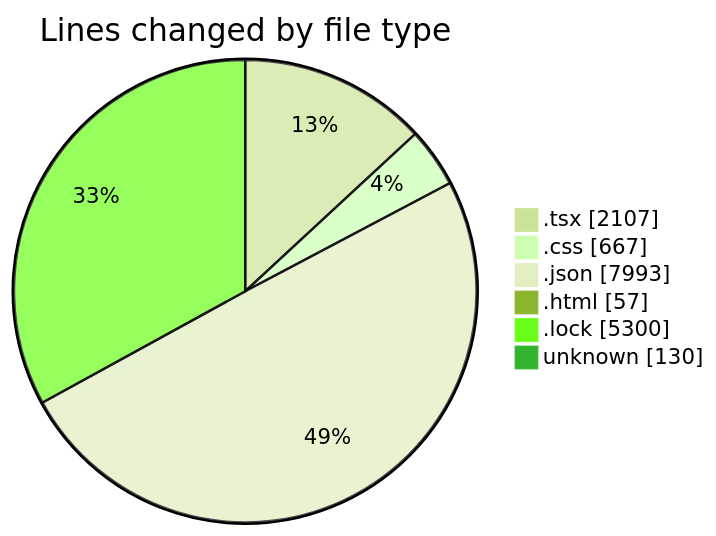
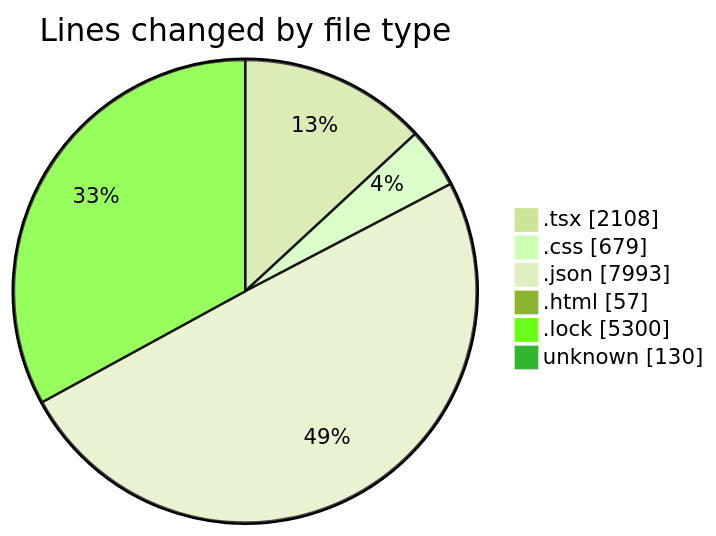
The first of 2 diagrams in 2025-08-12/ribbon/README.md (EIIisD/code-tracking), drawn with Mermaid (forest theme) before and after one commit. The commit also changed other lines of this file and 1 other file, not shown here.

````diff
--- a/2025-08-12/ribbon/README.md
+++ b/2025-08-12/ribbon/README.md
@@ -36,10 +36,10 @@
 ```mermaid
 pie showData
 title Lines changed by file type
-".tsx" : 2107
-".css" : 667
+".tsx" : 2108
+".css" : 679
 ".json" : 7993
 ".html" : 57
 ".lock" : 5300
 "unknown" : 130
 ```
````
